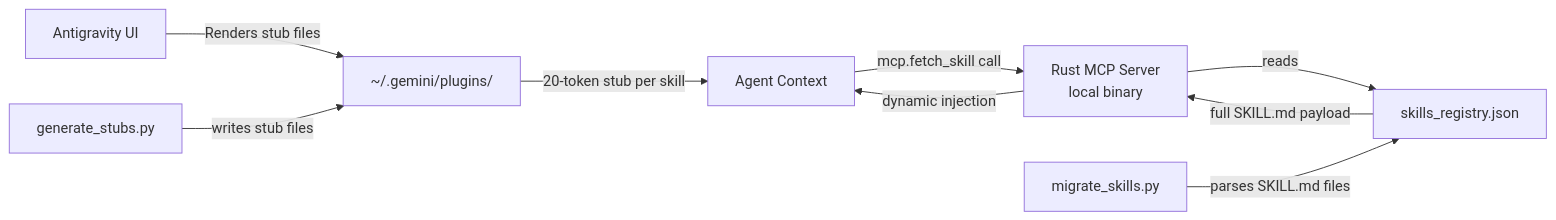
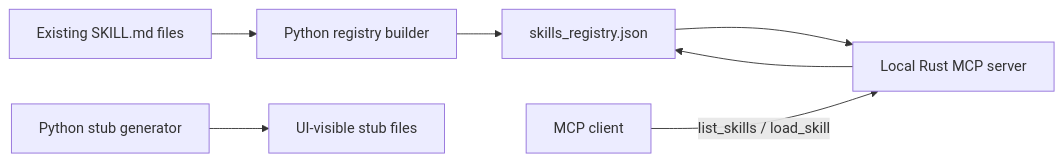
One commit to pappdavid/antigravity-skill-injector changed the diagram in README.md. Above: the diagram before and after it, drawn with Mermaid. The commit also changed other lines of this file and 1 other file, not shown here.

````diff
--- a/README.md
+++ b/README.md
@@ -47,12 +35,9 @@
 ```mermaid
 graph LR
-    A[Antigravity UI] -->|Renders stub files| B[~/.gemini/plugins/]
-    B -->|20-token stub per skill| C[Agent Context]
-    C -->|mcp.fetch_skill call| D[Rust MCP Server\nlocal binary]
-    D -->|reads| E[skills_registry.json]
-    E -->|full SKILL.md payload| D
-    D -->|dynamic injection| C
-
-    F[migrate_skills.py] -->|parses SKILL.md files| E
-    G[generate_stubs.py] -->|writes stub files| B
+    Skills[Existing SKILL.md files] --> Migrator[Python registry builder]
+    Migrator --> Registry[skills_registry.json]
+    Registry --> Server[Local Rust MCP server]
+    Generator[Python stub generator] --> Stubs[UI-visible stub files]
+    Agent[MCP client] -->|list_skills / load_skill| Server
+    Server --> Registry
 ```
````
